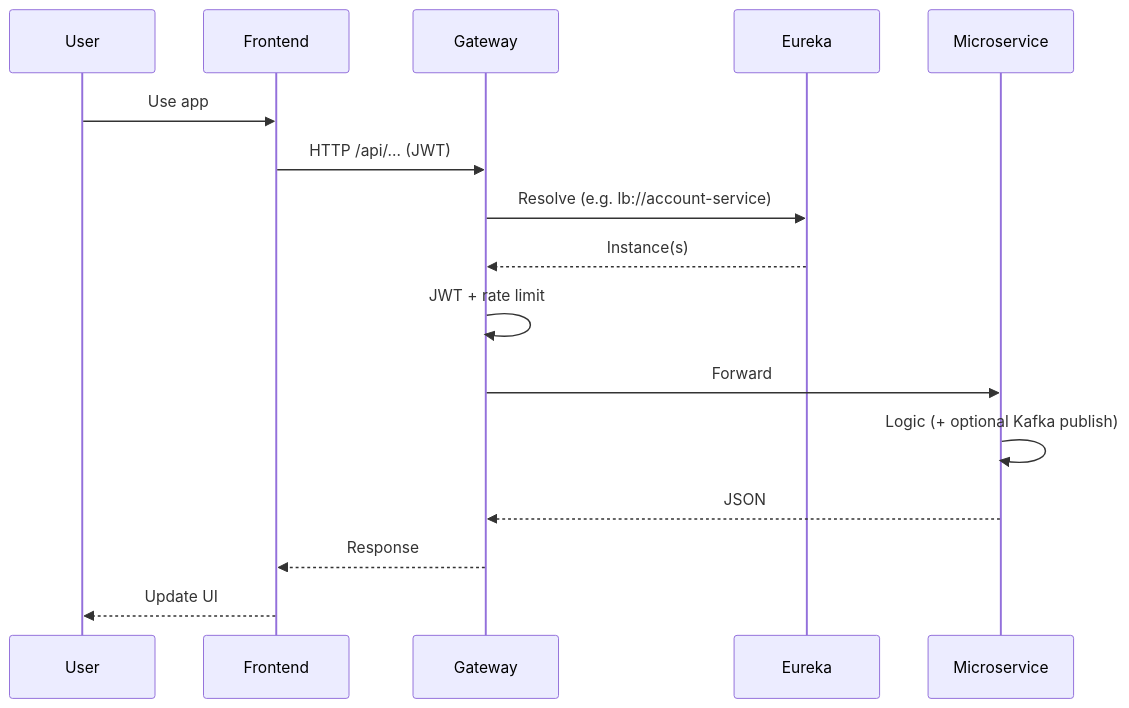
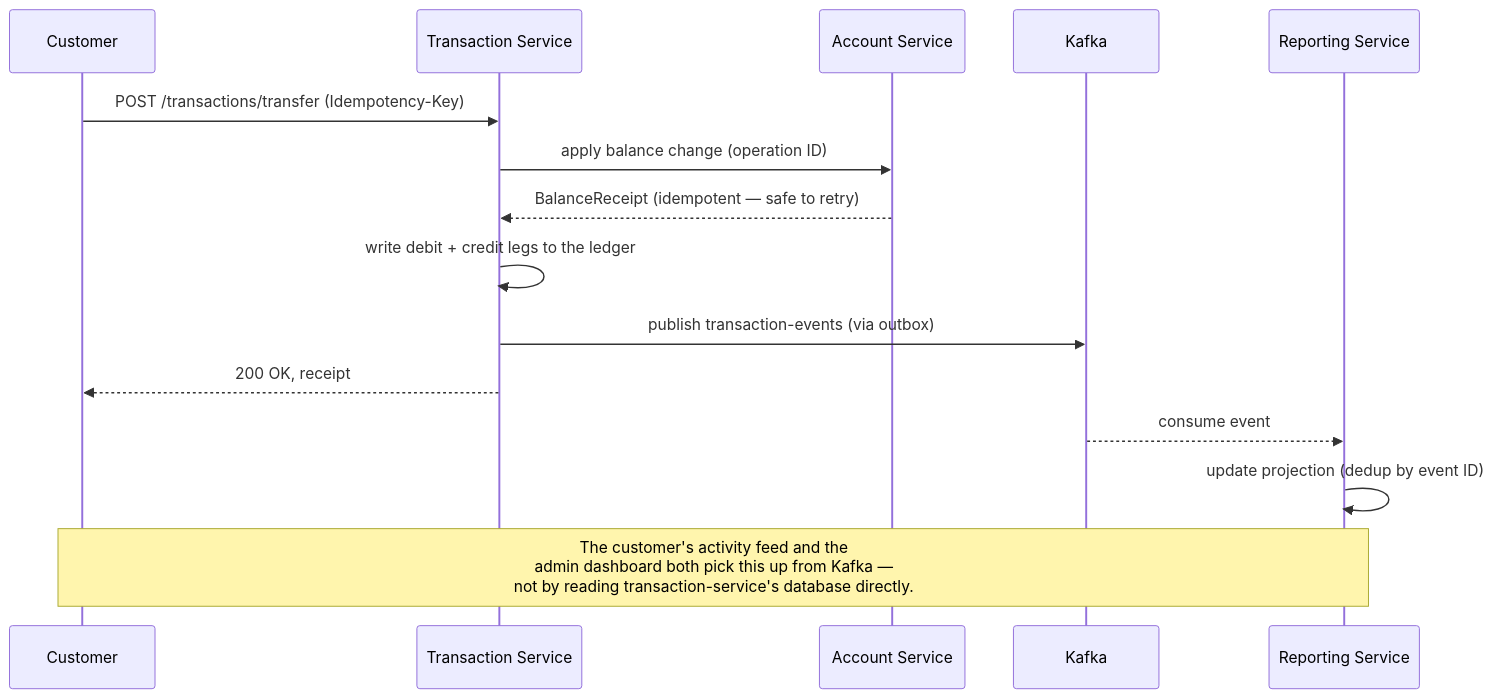
The third of 3 diagrams in README.md (Abdelkrim7Be/E-Bank), drawn with Mermaid before and after one commit. The commit also changed other lines of this file and 6 other files, not shown here.

Commit message:
Rewrite README with screenshots, Kafka and architecture explainers

````diff
--- a/README.md
+++ b/README.md
@@ -218,19 +232,18 @@
 ```mermaid
 sequenceDiagram
-    participant U as User
-    participant FE as Frontend
-    participant GW as Gateway
-    participant EU as Eureka
-    participant SVC as Microservice
+    participant U as Customer
+    participant TS as Transaction Service
+    participant AS as Account Service
+    participant KF as Kafka
+    participant RS as Reporting Service
 
-    U->>FE: Use app
-    FE->>GW: HTTP /api/... (JWT)
-    GW->>EU: Resolve (e.g. lb://account-service)
-    EU-->>GW: Instance(s)
-    GW->>GW: JWT + rate limit
-    GW->>SVC: Forward
-    SVC->>SVC: Logic (+ optional Kafka publish)
-    SVC-->>GW: JSON
-    GW-->>FE: Response
-    FE-->>U: Update UI
+    U->>TS: POST /transactions/transfer (Idempotency-Key)
+    TS->>AS: apply balance change (operation ID)
+    AS-->>TS: BalanceReceipt (idempotent — safe to retry)
+    TS->>TS: write debit + credit legs to the ledger
+    TS->>KF: publish transaction-events (via outbox)
+    TS-->>U: 200 OK, receipt
+    KF-->>RS: consume event
+    RS->>RS: update projection (dedup by event ID)
+    Note over U,RS: The customer's activity feed and the<br/>admin dashboard both pick this up from Kafka —<br/>not by reading transaction-service's database directly.
 ```
````
